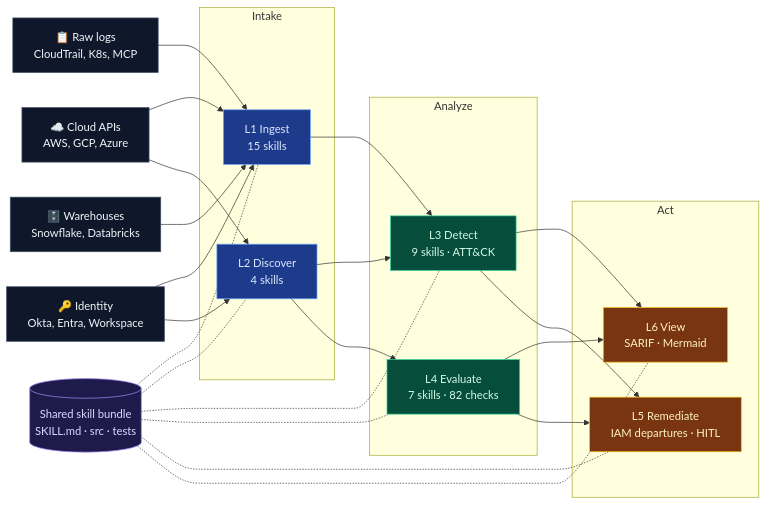
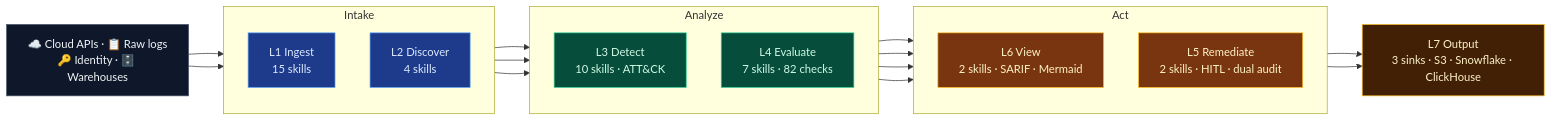
One commit to msaad00/cloud-ai-security-skills changed the first of 2 diagrams in README.md. Above: the diagram before and after it, drawn with Mermaid. The commit also changed other lines of this file and 4 other files, not shown here.

````diff
--- a/README.md
+++ b/README.md
@@ -54,50 +54,39 @@
 ```mermaid
 flowchart LR
     classDef signal fill:#0f172a,stroke:#475569,color:#f1f5f9
     classDef intake fill:#1e3a8a,stroke:#60a5fa,color:#dbeafe
     classDef analyze fill:#064e3b,stroke:#34d399,color:#d1fae5
     classDef act fill:#78350f,stroke:#fbbf24,color:#fef3c7
-    classDef bundle fill:#1e1b4b,stroke:#a78bfa,color:#ddd6fe
+    classDef sink fill:#422006,stroke:#fbbf24,color:#fef3c7
 
-    cloud["☁️ Cloud APIs<br/>AWS, GCP, Azure"]:::signal
-    logs["📋 Raw logs<br/>CloudTrail, K8s, MCP"]:::signal
-    idp["🔑 Identity<br/>Okta, Entra, Workspace"]:::signal
-    lake["🗄️ Warehouses<br/>Snowflake, Databricks"]:::signal
+    sig["☁️ Cloud APIs · 📋 Raw logs<br/>🔑 Identity · 🗄️ Warehouses"]:::signal
 
     subgraph Intake
+        direction TB
         ingest["L1 Ingest<br/>15 skills"]:::intake
         discover["L2 Discover<br/>4 skills"]:::intake
     end
     subgraph Analyze
-        detect["L3 Detect<br/>9 skills · ATT&amp;CK"]:::analyze
+        direction TB
+        detect["L3 Detect<br/>10 skills · ATT&amp;CK"]:::analyze
         evaluate["L4 Evaluate<br/>7 skills · 82 checks"]:::analyze
     end
     subgraph Act
-        remediate["L5 Remediate<br/>IAM departures · HITL"]:::act
-        view["L6 View<br/>SARIF · Mermaid"]:::act
+        direction TB
+        view["L6 View<br/>2 skills · SARIF · Mermaid"]:::act
+        remediate["L5 Remediate<br/>2 skills · HITL · dual audit"]:::act
     end
+    output["L7 Output<br/>3 sinks · S3 · Snowflake · ClickHouse"]:::sink
 
-    bundle[("Shared skill bundle<br/>SKILL.md · src · tests")]:::bundle
-
-    cloud --> ingest
-    cloud --> discover
-    logs --> ingest
-    idp --> ingest
-    idp --> discover
-    lake --> ingest
-
+    sig --> ingest
+    sig --> discover
     ingest --> detect
     discover --> detect
     discover --> evaluate
     detect --> view
     detect --> remediate
     evaluate --> view
     evaluate --> remediate
-
-    bundle -.- ingest
-    bundle -.- discover
-    bundle -.- detect
-    bundle -.- evaluate
-    bundle -.- remediate
-    bundle -.- view
+    view --> output
+    remediate --> output
 ```
````
